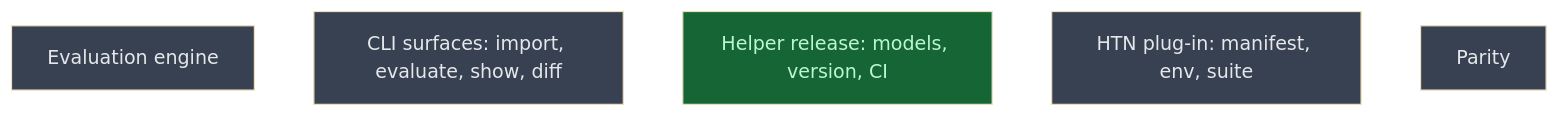
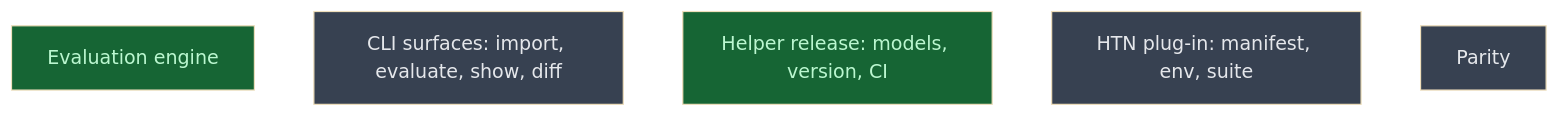
One commit to CrackingShells/Candler changed the diagram in __roadmap__/m2a-evaluation-parity/components/assembly/README.md. Above: the diagram before and after it, drawn with Mermaid (base theme). The commit also changed other lines of this file and 3 other files, not shown here.

Commit message:
rdm(evaluation): rule on engine, report it, mark it done

````diff
--- a/__roadmap__/m2a-evaluation-parity/components/assembly/README.md
+++ b/__roadmap__/m2a-evaluation-parity/components/assembly/README.md
@@ -21,13 +21,13 @@
 ```mermaid
 graph TD
-    engine[Evaluation engine]:::planned
+    engine[Evaluation engine]:::done
     surfaces[CLI surfaces: import, evaluate, show, diff]:::planned
     helper_release[Helper release: models, version, CI]:::done
     htn_plugin[HTN plug-in: manifest, env, suite]:::planned
     parity[Parity]:::planned
     classDef done       fill:#166534,color:#bbf7d0
     classDef inprogress fill:#854d0e,color:#fef08a
     classDef planned    fill:#374151,color:#e5e7eb
     classDef amendment  fill:#1e3a5f,color:#bfdbfe
     classDef blocked    fill:#7f1d1d,color:#fecaca
 ```
````
